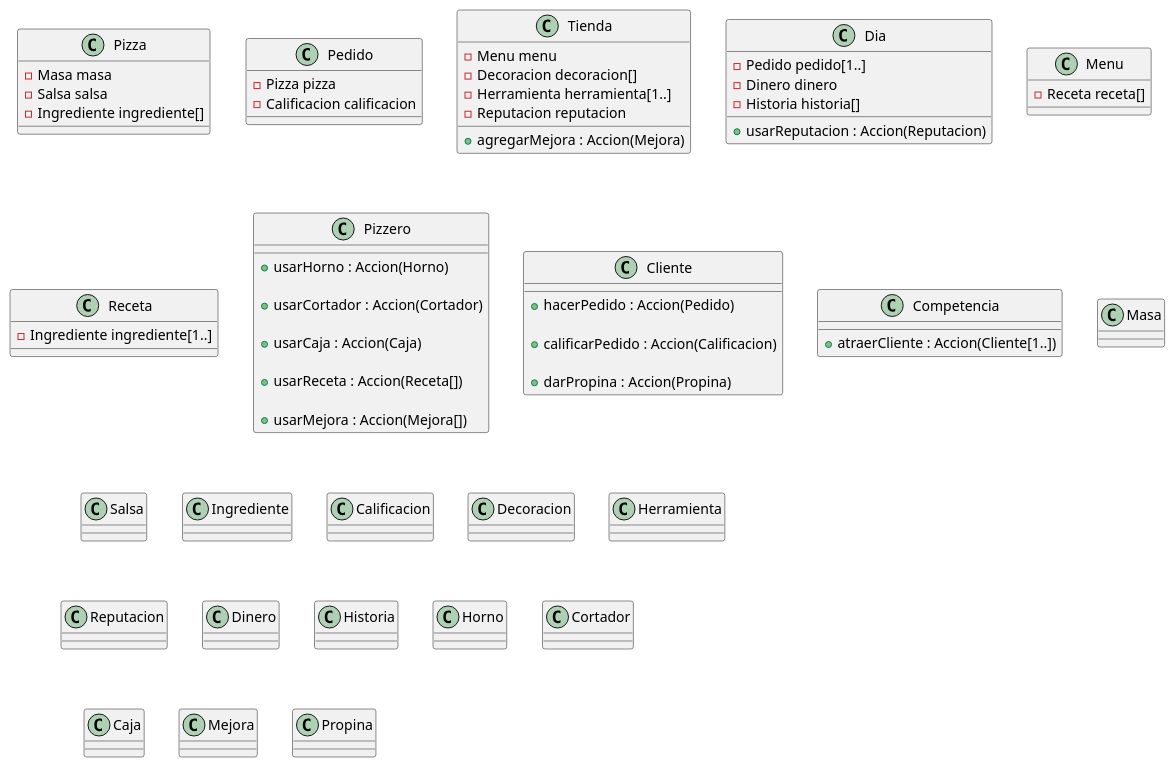
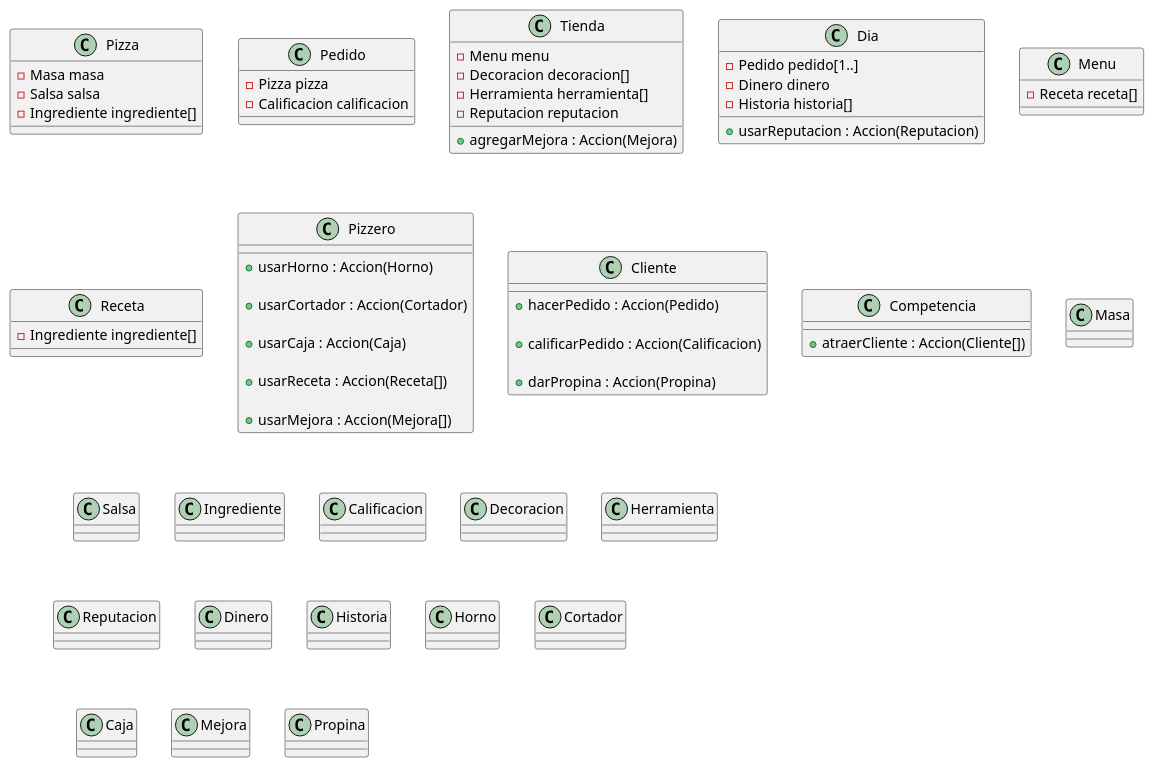
Before and after one commit to sofirdzzz/3e261: the diagram in diagrama.puml, drawn with PlantUML.

Commit message:
practica 5

```diff
--- a/diagrama.puml
+++ b/diagrama.puml
@@ -1,80 +1,80 @@
 @startuml
 class Pizza{
  -Masa masa
  -Salsa salsa
  -Ingrediente ingrediente[]
 }
 
 class Pedido{
  -Pizza pizza
  -Calificacion calificacion
 }
 
 class Tienda{
  -Menu menu
  -Decoracion decoracion[]
- -Herramienta herramienta[1..]
+ -Herramienta herramienta[]
  -Reputacion reputacion
 
  +agregarMejora : Accion(Mejora)
 }
 
 class Dia{
  -Pedido pedido[1..]
  -Dinero dinero
  -Historia historia[]
 
  +usarReputacion : Accion(Reputacion)
 }
 
 class Menu{
  -Receta receta[]
 }
 
 class Receta{
- -Ingrediente ingrediente[1..]
+ -Ingrediente ingrediente[]
 }
 
 class Pizzero{
 
  +usarHorno : Accion(Horno)
 
  +usarCortador : Accion(Cortador)
 
  +usarCaja : Accion(Caja)
 
  +usarReceta : Accion(Receta[])
 
  +usarMejora : Accion(Mejora[])
 }
 
 class Cliente{
 
  +hacerPedido : Accion(Pedido)
 
  +calificarPedido : Accion(Calificacion)
 
  +darPropina : Accion(Propina)
 }
 
 class Competencia{
 
- +atraerCliente : Accion(Cliente[1..])
+ +atraerCliente : Accion(Cliente[])
 }
 
 class Masa{}
 class Salsa{}
 class Ingrediente{}
 class Calificacion{}
 class Decoracion{}
 class Herramienta{}
 class Reputacion{}
 class Dinero{}
 class Historia{}
 class Horno{}
 class Cortador{}
 class Caja{}
 class Mejora{}
 class Propina{}
 
 @enduml
```
